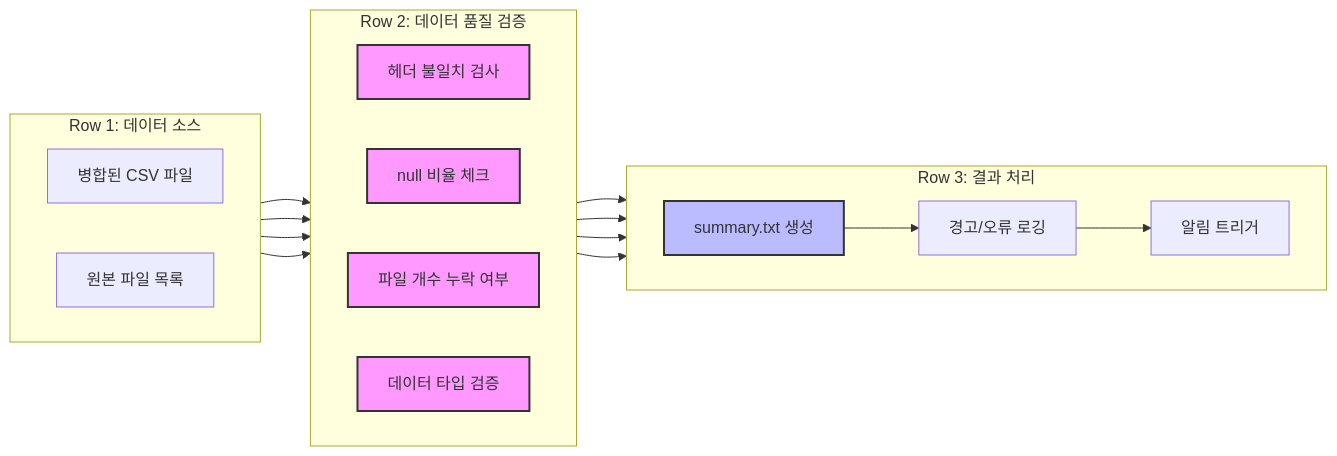
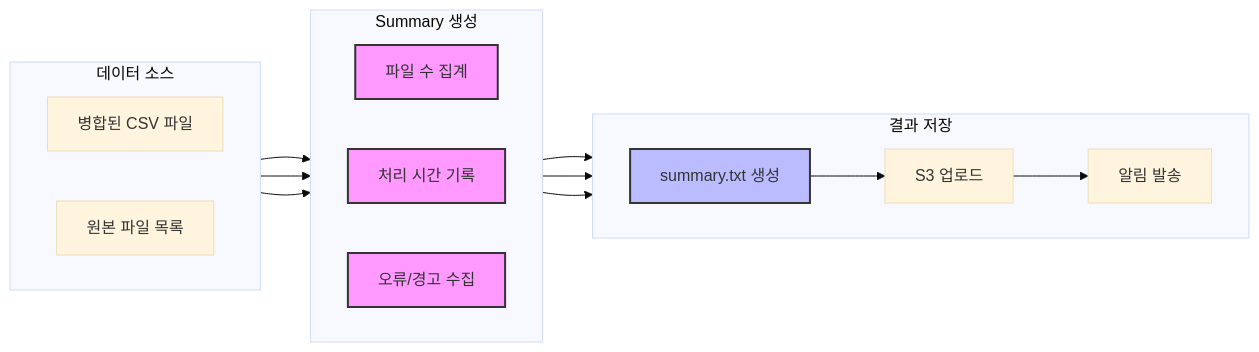
Before and after one commit to yeokyeong-yoon/yeokyeong-yoon.github.io: diagram 11 of 11 in _posts/2025-03-18-etl-pipeline.md, drawn with Mermaid. The commit also changed other lines of this file, not shown here.

Commit message:
docs: Improve Mermaid diagram readability with larger font size and clearer labels

````diff
--- a/_posts/2025-03-18-etl-pipeline.md
+++ b/_posts/2025-03-18-etl-pipeline.md
@@ -620,41 +630,38 @@
 ```mermaid
+%%{init: {'theme': 'base', 'themeVariables': { 'fontSize': '16px'}}}%%
 graph LR
-    subgraph "Row 1: 데이터 소스"
+    subgraph "데이터 소스"
         direction LR
         S1[병합된 CSV 파일]
         S2[원본 파일 목록]
     end
     
-    subgraph "Row 2: 데이터 품질 검증"
+    subgraph "Summary 생성"
         direction LR
-        V1[헤더 불일치 검사]
-        V2[null 비율 체크]
-        V3[파일 개수 누락 여부]
-        V4[데이터 타입 검증]
+        L1[파일 수 집계]
+        L2[처리 시간 기록]
+        L3[오류/경고 수집]
     end
     
-    subgraph "Row 3: 결과 처리"
+    subgraph "결과 저장"
         direction LR
         R1[summary.txt 생성]
-        R2[경고/오류 로깅]
-        R3[알림 트리거]
+        R2[S3 업로드]
+        R3[알림 발송]
     end
     
-    S1 --> V1
-    S1 --> V2
-    S1 --> V4
-    S2 --> V3
+    S1 --> L1
+    S1 --> L2
+    S2 --> L1
     
-    V1 --> R1
-    V2 --> R1
-    V3 --> R1
-    V4 --> R1
+    L1 --> R1
+    L2 --> R1
+    L3 --> R1
     
     R1 --> R2 --> R3
     
-    style V1 fill:#f9f,stroke:#333,stroke-width:2px
-    style V2 fill:#f9f,stroke:#333,stroke-width:2px
-    style V3 fill:#f9f,stroke:#333,stroke-width:2px
-    style V4 fill:#f9f,stroke:#333,stroke-width:2px
+    style L1 fill:#f9f,stroke:#333,stroke-width:2px
+    style L2 fill:#f9f,stroke:#333,stroke-width:2px
+    style L3 fill:#f9f,stroke:#333,stroke-width:2px
     style R1 fill:#bbf,stroke:#333,stroke-width:2px
 ```
````
